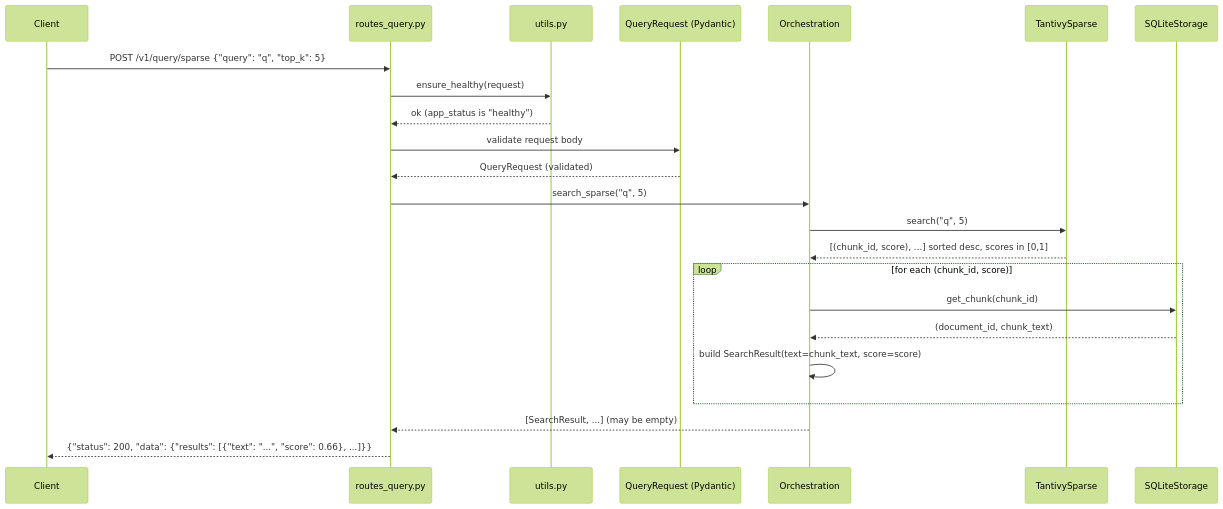
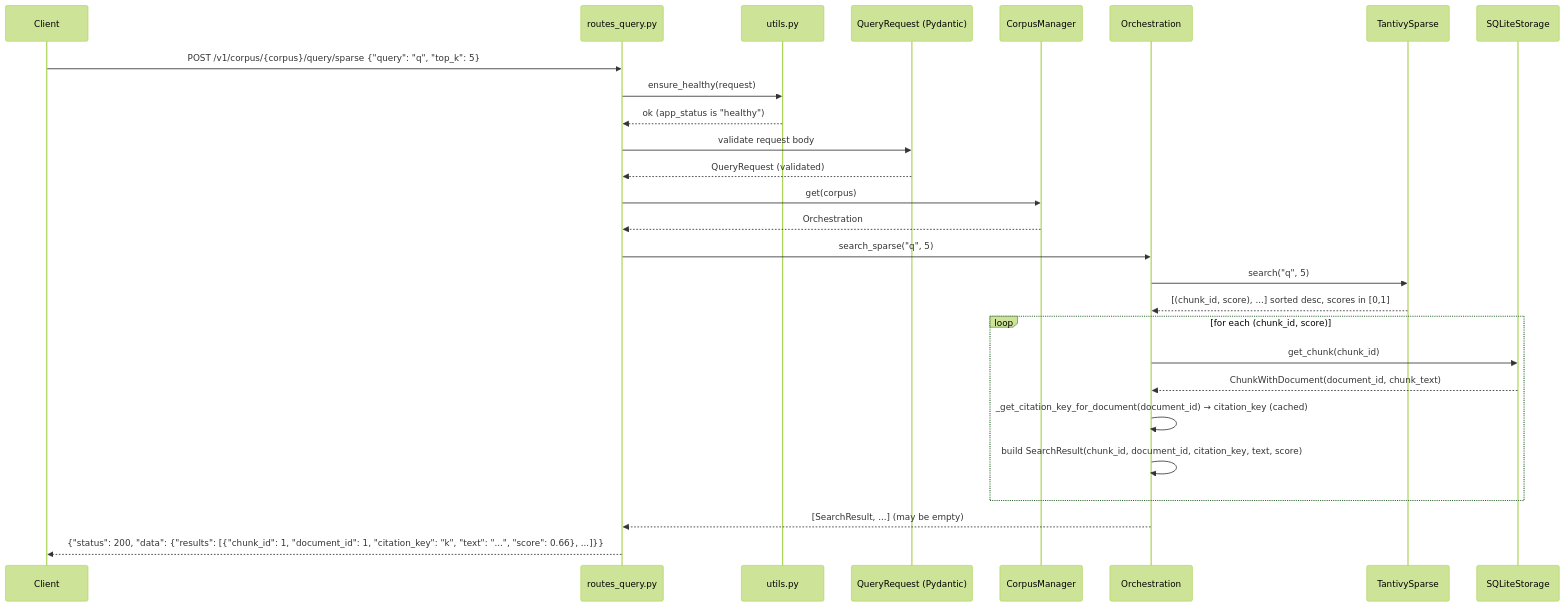
The sixth of 10 diagrams in docs/SPECIFICATION-DATA-FLOW.md (florianbuetow/mini-rag), drawn with Mermaid (forest theme) before and after one commit. The commit also changed other lines of this file and 2 other files, not shown here.

First line of the commit message:
Update specification docs for citations, reranking, and multi-corpus

````diff
--- a/docs/SPECIFICATION-DATA-FLOW.md
+++ b/docs/SPECIFICATION-DATA-FLOW.md
@@ -458,26 +563,30 @@
 ```mermaid
 sequenceDiagram
     participant C as Client
     participant R as routes_query.py
     participant U as utils.py
     participant PM as QueryRequest (Pydantic)
+    participant CM as CorpusManager
     participant O as Orchestration
     participant SP as TantivySparse
     participant ST as SQLiteStorage
 
-    C->>R: POST /v1/query/sparse {"query": "q", "top_k": 5}
+    C->>R: POST /v1/corpus/{corpus}/query/sparse {"query": "q", "top_k": 5}
     R->>U: ensure_healthy(request)
     U-->>R: ok (app_status is "healthy")
     R->>PM: validate request body
     PM-->>R: QueryRequest (validated)
+    R->>CM: get(corpus)
+    CM-->>R: Orchestration
     R->>O: search_sparse("q", 5)
     O->>SP: search("q", 5)
     SP-->>O: [(chunk_id, score), ...] sorted desc, scores in [0,1]
     loop for each (chunk_id, score)
         O->>ST: get_chunk(chunk_id)
-        ST-->>O: (document_id, chunk_text)
-        O->>O: build SearchResult(text=chunk_text, score=score)
+        ST-->>O: ChunkWithDocument(document_id, chunk_text)
+        O->>O: _get_citation_key_for_document(document_id) → citation_key (cached)
+        O->>O: build SearchResult(chunk_id, document_id, citation_key, text, score)
     end
     O-->>R: [SearchResult, ...] (may be empty)
-    R-->>C: {"status": 200, "data": {"results": [{"text": "...", "score": 0.66}, ...]}}
+    R-->>C: {"status": 200, "data": {"results": [{"chunk_id": 1, "document_id": 1, "citation_key": "k", "text": "...", "score": 0.66}, ...]}}
 ```
````
